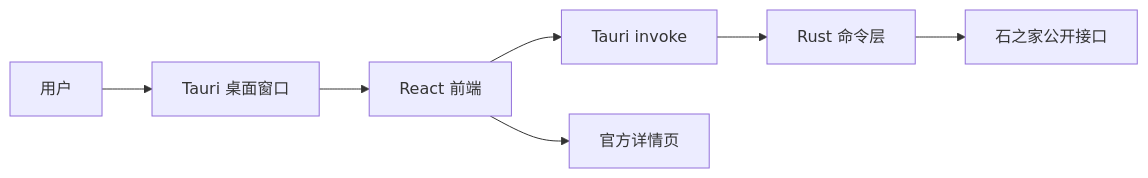
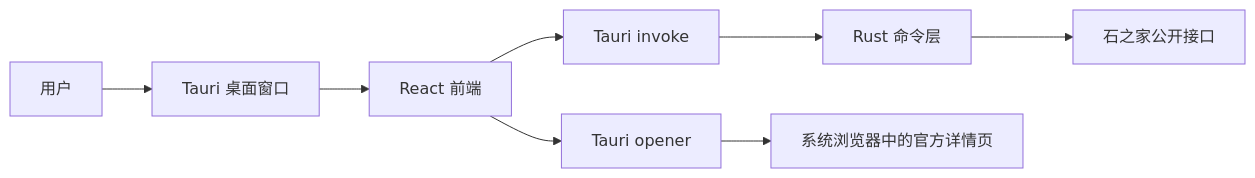
Before and after one commit to today080221/risingstones-partyfinder-helper: the diagram in docs/release/desktop-tauri.md, drawn with Mermaid. The commit also changed other lines of this file and 15 other files, not shown here.

````diff
--- a/docs/release/desktop-tauri.md
+++ b/docs/release/desktop-tauri.md
@@ -16,9 +16,10 @@
 ```mermaid
 flowchart LR
   User["用户"] --> Tauri["Tauri 桌面窗口"]
   Tauri --> React["React 前端"]
   React --> Invoke["Tauri invoke"]
   Invoke --> Rust["Rust 命令层"]
   Rust --> Official["石之家公开接口"]
-  React --> OfficialPage["官方详情页"]
+  React --> Opener["Tauri opener"]
+  Opener --> OfficialPage["系统浏览器中的官方详情页"]
 ```
````
